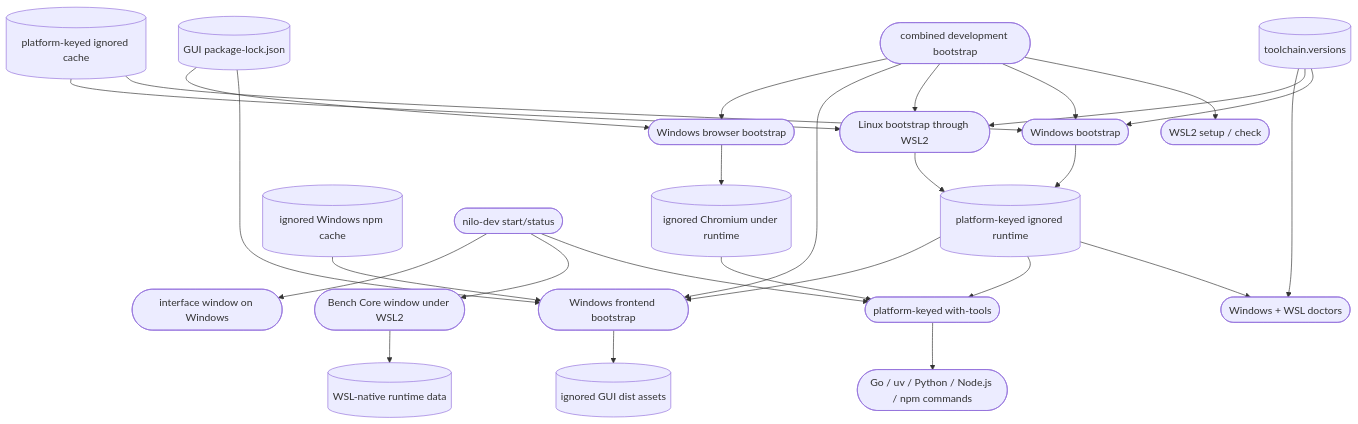
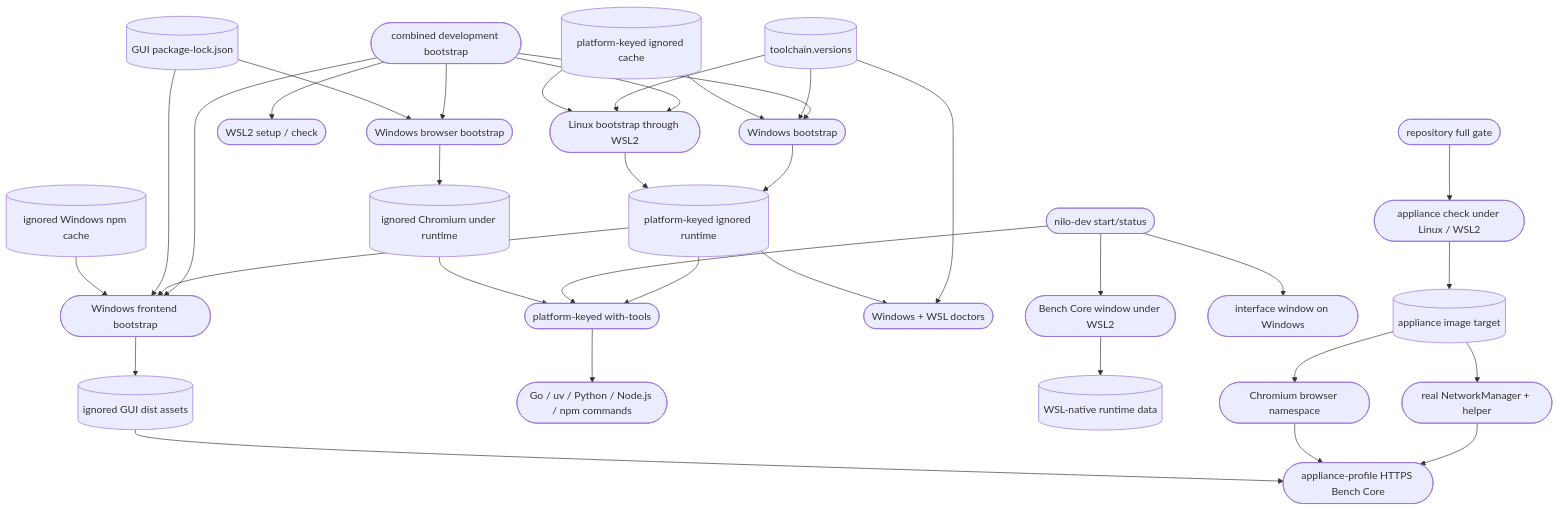
The diagram in .agentic/knowledge/repository-toolchain.md (DDP-Engineering/2026_Networked_Intelligent_Lab_Orchestrator), drawn with Mermaid before and after one commit. The commit also changed other lines of this file and 76 other files, not shown here.

First line of the commit message:
feat(verification): move browser suite to appliance stage

````diff
--- a/.agentic/knowledge/repository-toolchain.md
+++ b/.agentic/knowledge/repository-toolchain.md
@@ -118,49 +210,62 @@
 ```mermaid
 flowchart TD
     manifest[("toolchain.versions")]
     win_bootstrap(["Windows bootstrap"])
     linux_bootstrap(["Linux bootstrap through WSL2"])
     wsl_setup(["WSL2 setup / check"])
     combined(["combined development bootstrap"])
     cache[("platform-keyed ignored cache")]
     runtime[("platform-keyed ignored runtime")]
     frontend_bootstrap(["Windows frontend bootstrap"])
     gui_lock[("GUI package-lock.json")]
     npm_cache[("ignored Windows npm cache")]
     static_assets[("ignored GUI dist assets")]
     wrapper(["platform-keyed with-tools"])
     doctor(["Windows + WSL doctors"])
     commands(["Go / uv / Python / Node.js / npm commands"])
     combined --> wsl_setup
     combined --> win_bootstrap
     combined --> linux_bootstrap
     combined --> frontend_bootstrap
     manifest --> win_bootstrap
     manifest --> linux_bootstrap
     cache --> win_bootstrap
     cache --> linux_bootstrap
     win_bootstrap --> runtime
     linux_bootstrap --> runtime
     manifest --> doctor
     runtime --> doctor
     runtime --> wrapper
     wrapper --> commands
     runtime --> frontend_bootstrap
     gui_lock --> frontend_bootstrap
     npm_cache --> frontend_bootstrap
     frontend_bootstrap --> static_assets
     lifecycle(["nilo-dev start/status"])
     backend_window(["Bench Core window under WSL2"])
     frontend_window(["interface window on Windows"])
     wsl_data[("WSL-native runtime data")]
     lifecycle --> wrapper
     lifecycle --> backend_window
     lifecycle --> frontend_window
     backend_window --> wsl_data
     browser_bootstrap(["Windows browser bootstrap"])
     browser_runtime[("ignored Chromium under runtime")]
     combined --> browser_bootstrap
     gui_lock --> browser_bootstrap
     browser_bootstrap --> browser_runtime
     browser_runtime --> wrapper
+    repository_gate(["repository full gate"])
+    appliance_stage(["appliance check under Linux / WSL2"])
+    appliance_image[("appliance image target")]
+    network_manager(["real NetworkManager + helper"])
+    browser_namespace(["Chromium browser namespace"])
+    appliance_core(["appliance-profile HTTPS Bench Core"])
+    repository_gate --> appliance_stage
+    appliance_stage --> appliance_image
+    appliance_image --> network_manager
+    appliance_image --> browser_namespace
+    network_manager --> appliance_core
+    browser_namespace --> appliance_core
+    static_assets --> appliance_core
 ```
````
